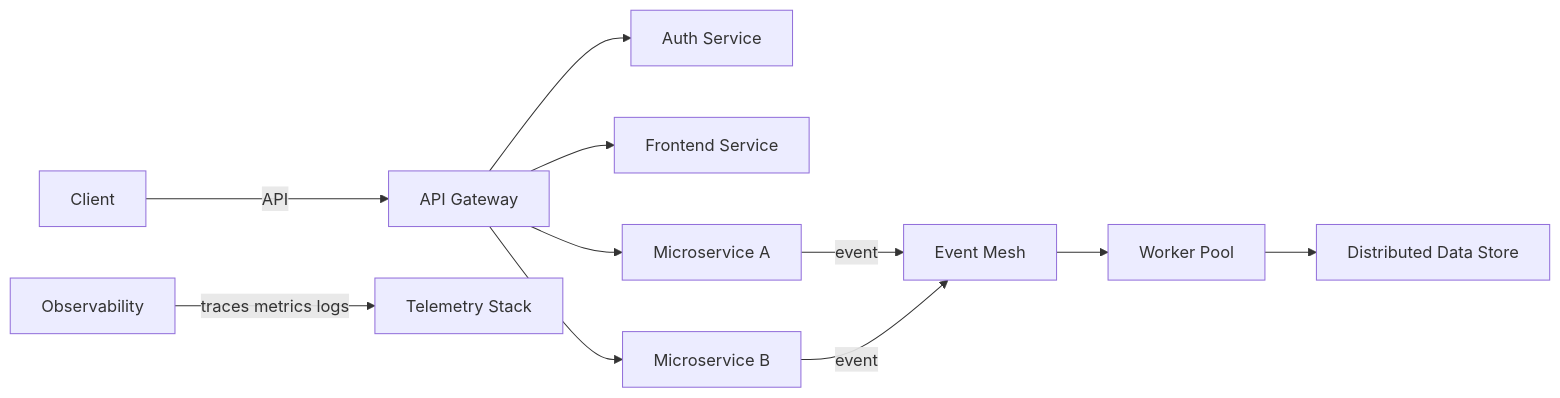
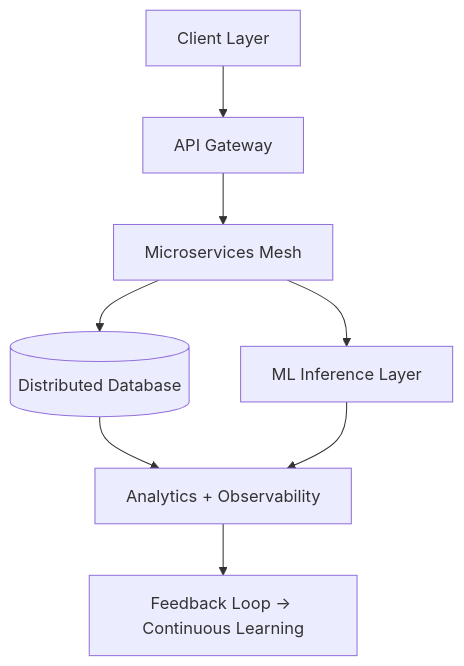
Before and after one commit to goVerta/.github: the first of 2 diagrams in profile/README.md, drawn with Mermaid. The commit also changed other lines of this file, not shown here.

````diff
--- a/profile/README.md
+++ b/profile/README.md
@@ -35,13 +44,10 @@
 ```mermaid
-flowchart LR
-  Client -->|API| API_Gateway[API Gateway]
-  API_Gateway --> Auth[Auth Service]
-  API_Gateway --> Frontend[Frontend Service]
-  API_Gateway --> MS_A[Microservice A]
-  API_Gateway --> MS_B[Microservice B]
-  MS_A -->|event| EventBus[Event Mesh]
-  MS_B -->|event| EventBus
-  EventBus --> WorkerPool[Worker Pool]
-  WorkerPool --> DataStore[Distributed Data Store]
-  Observability[Observability] -->|traces metrics logs| Telemetry[Telemetry Stack]
+graph TD
+    A[Client Layer] --> B[API Gateway]
+    B --> C[Microservices Mesh]
+    C --> D[(Distributed Database)]
+    C --> E[ML Inference Layer]
+    D --> F[Analytics + Observability]
+    E --> F
+    F --> G[Feedback Loop → Continuous Learning]
 ```
````
